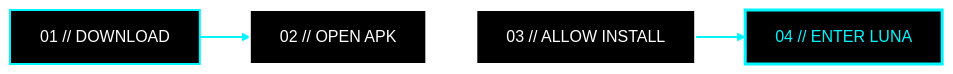
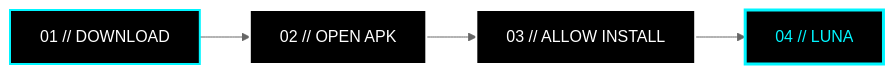
One commit to VoTruongDanh/Luna-releases changed the diagram in README.md. Above: the diagram before and after it, drawn with Mermaid (neutral theme). The commit also changed other lines of this file, not shown here.

````diff
--- a/README.md
+++ b/README.md
@@ -202,15 +150,11 @@
 ```mermaid
 flowchart LR
     A["01 // DOWNLOAD"] --> B["02 // OPEN APK"]
     B --> C["03 // ALLOW INSTALL"]
-    C --> D["04 // ENTER LUNA"]
+    C --> D["04 // LUNA"]
 
     style A fill:#000000,stroke:#00F5FF,stroke-width:2px,color:#FFFFFF
     style B fill:#000000,stroke:#FFFFFF,stroke-width:2px,color:#FFFFFF
     style C fill:#000000,stroke:#FFFFFF,stroke-width:2px,color:#FFFFFF
     style D fill:#000000,stroke:#00F5FF,stroke-width:3px,color:#00F5FF
-
-    linkStyle 0 stroke:#00F5FF,stroke-width:2px
-    linkStyle 1 stroke:#FFFFFF,stroke-width:2px
-    linkStyle 2 stroke:#00F5FF,stroke-width:2px
 ```
````
